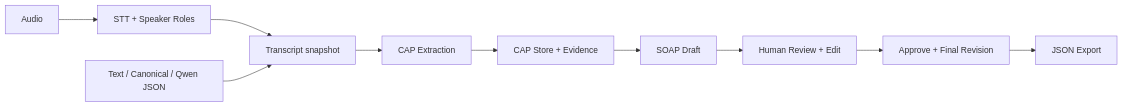
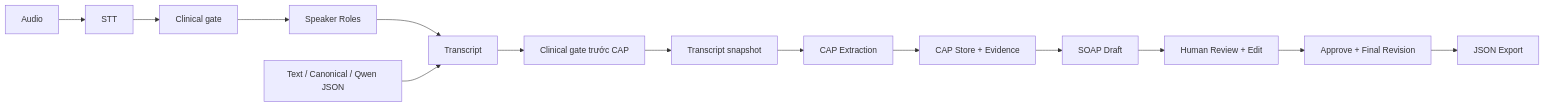
The first of 2 diagrams in README.md (he170794kieudinhdoan-lang/ClinNoteAi), drawn with Mermaid before and after one commit. The commit also changed other lines of this file and 8 other files, not shown here.

Commit message:
docs: refresh project evidence and architecture

````diff
--- a/README.md
+++ b/README.md
@@ -53,12 +60,16 @@
 ```mermaid
 flowchart LR
-    A[Audio] --> B[STT + Speaker Roles]
-    B --> T[Transcript snapshot]
+    A[Audio] --> B[STT]
+    B --> G1[Clinical gate]
+    G1 --> V[Speaker Roles]
+    V --> T[Transcript]
     J[Text / Canonical / Qwen JSON] --> T
-    T --> C[CAP Extraction]
+    T --> G2[Clinical gate trước CAP]
+    G2 --> X[Transcript snapshot]
+    X --> C[CAP Extraction]
     C --> D[CAP Store + Evidence]
     D --> S[SOAP Draft]
     S --> R[Human Review + Edit]
     R --> F[Approve + Final Revision]
     F --> E[JSON Export]
 ```
````
